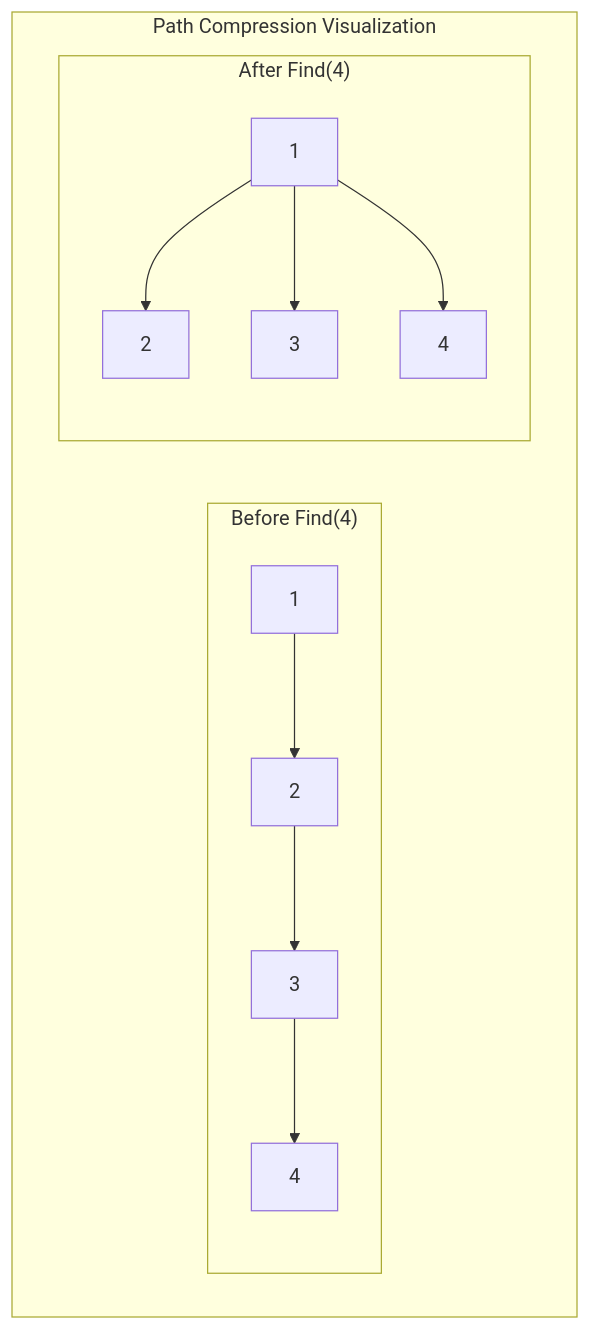
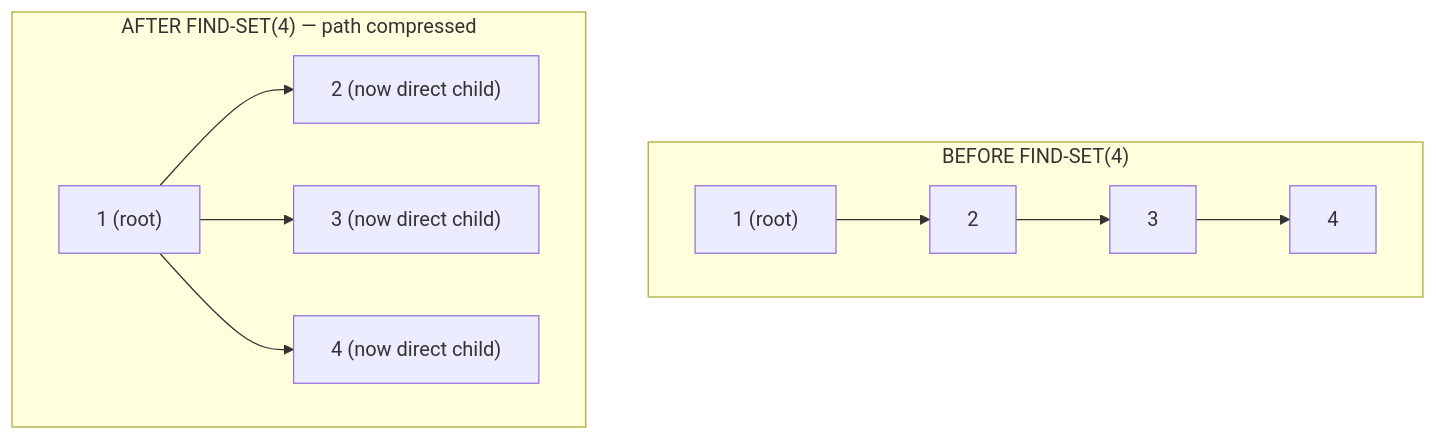
Diagram 16 of 18 in notes/design_and_analysis_of_algorithms/Unit_04_Advanced_Data_Structures.md (DeepLumiere/DeepSkills), drawn with Mermaid before and after one commit. The commit also changed other lines of this file, not shown here.

````diff
--- a/notes/design_and_analysis_of_algorithms/Unit_04_Advanced_Data_Structures.md
+++ b/notes/design_and_analysis_of_algorithms/Unit_04_Advanced_Data_Structures.md
@@ -541,27 +700,14 @@
 ```mermaid
-
 flowchart TD
-
-    subgraph "Path Compression Visualization"
-
+    subgraph "BEFORE FIND-SET(4)"
         direction LR
-
-        subgraph "Before Find(4)"
-
-            A1[1] --> A2[2] --> A3[3] --> A4[4]
-
-        end
-
-        subgraph "After Find(4)"
-
-            B1[1] --> B2[2]
-
-            B1 --> B3[3]
-
-            B1 --> B4[4]
-
-        end
-
+        R1["1 (root)"] --> N2["2"] --> N3["3"] --> N4["4"]
     end
-
+    subgraph "AFTER FIND-SET(4) — path compressed"
+        direction LR
+        R2["1 (root)"]
+        R2 --> Na["2 (now direct child)"]
+        R2 --> Nb["3 (now direct child)"]
+        R2 --> Nc["4 (now direct child)"]
+    end
 ```
````
